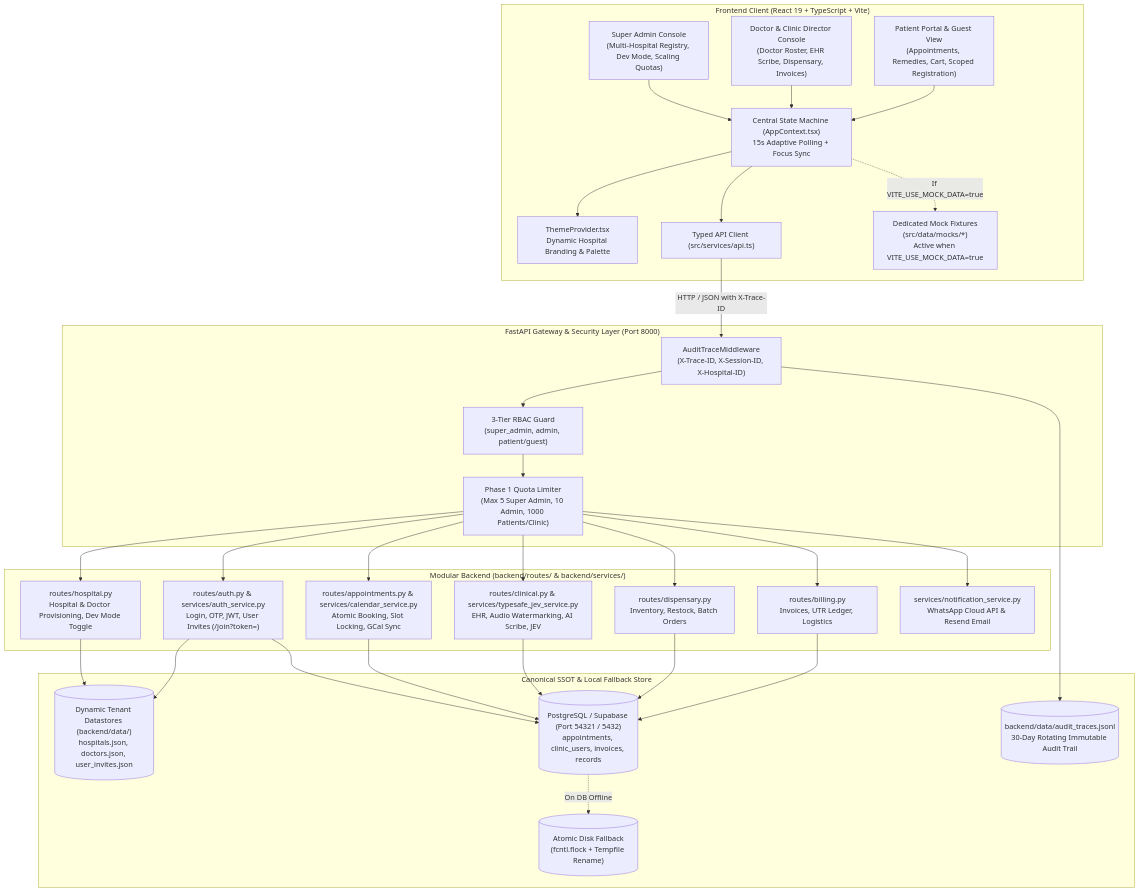
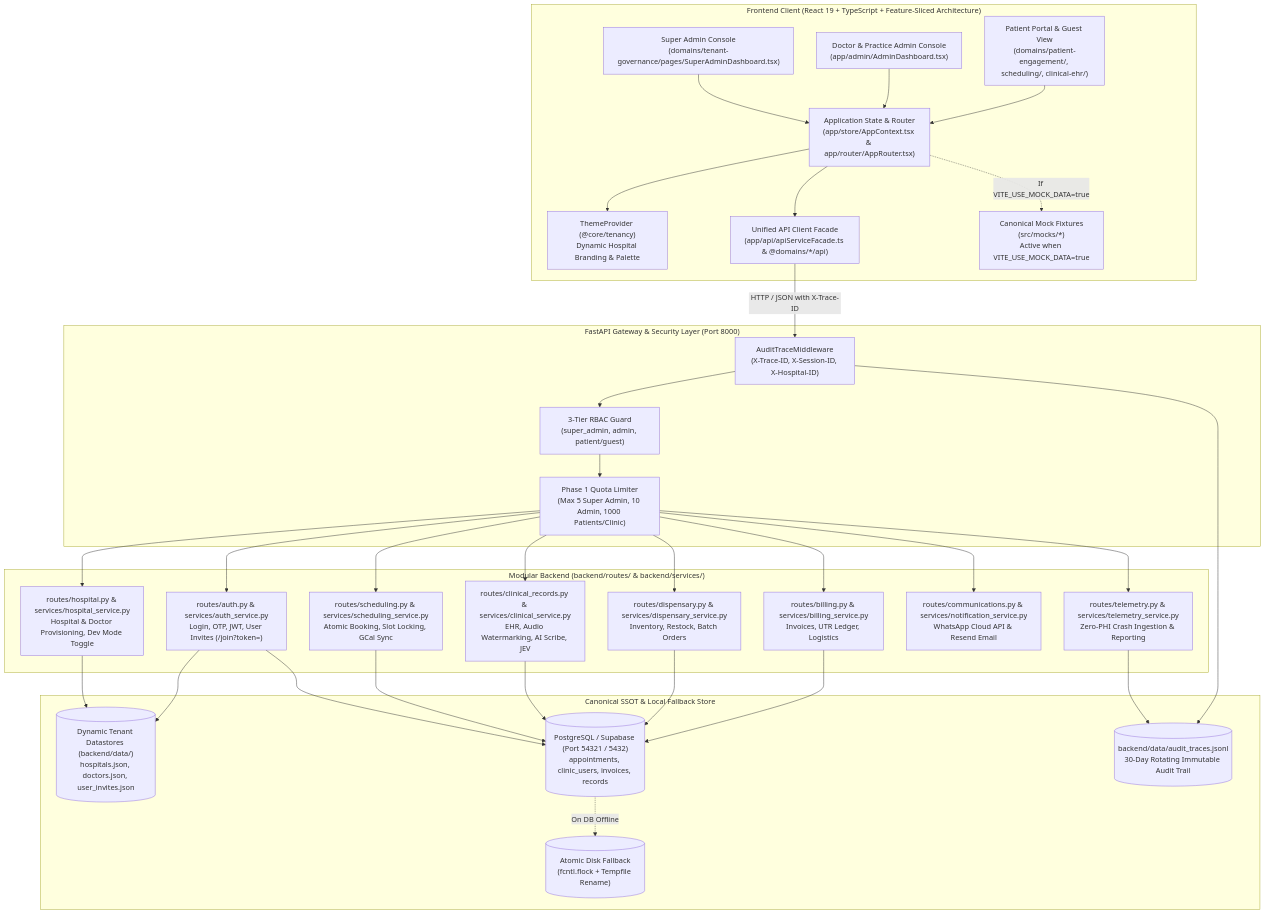
Before and after one commit to NITIN0601/Homo_project: the diagram in doc/ARCHITECTURE.md, drawn with Mermaid. The commit also changed other lines of this file and 5 other files, not shown here.

First line of the commit message:
docs: synchronize HLD, LLD, data flows, cheatsheet, and file hierarchy

````diff
--- a/doc/ARCHITECTURE.md
+++ b/doc/ARCHITECTURE.md
@@ -35,62 +35,65 @@
 ```mermaid
 graph TB
-    subgraph ClientLayer["Frontend Client (React 19 + TypeScript + Vite)"]
-        UI_SUPER["Super Admin Console<br/>(Multi-Hospital Registry, Dev Mode, Scaling Quotas)"]
-        UI_ADMIN["Doctor & Clinic Director Console<br/>(Doctor Roster, EHR Scribe, Dispensary, Invoices)"]
-        UI_PATIENT["Patient Portal & Guest View<br/>(Appointments, Remedies, Cart, Scoped Registration)"]
-        APP_CTX["Central State Machine (AppContext.tsx)<br/>15s Adaptive Polling + Focus Sync"]
-        THEME_CTX["ThemeProvider.tsx<br/>Dynamic Hospital Branding & Palette"]
-        API_CLIENT["Typed API Client (src/services/api.ts)"]
-        MOCK_FIXTURES["Dedicated Mock Fixtures<br/>(src/data/mocks/*)<br/>Active when VITE_USE_MOCK_DATA=true"]
+    subgraph ClientLayer["Frontend Client (React 19 + TypeScript + Feature-Sliced Architecture)"]
+        UI_SUPER["Super Admin Console<br/>(domains/tenant-governance/pages/SuperAdminDashboard.tsx)"]
+        UI_ADMIN["Doctor & Practice Admin Console<br/>(app/admin/AdminDashboard.tsx)"]
+        UI_PATIENT["Patient Portal & Guest View<br/>(domains/patient-engagement/, scheduling/, clinical-ehr/)"]
+        APP_CTX["Application State & Router<br/>(app/store/AppContext.tsx & app/router/AppRouter.tsx)"]
+        THEME_CTX["ThemeProvider (@core/tenancy)<br/>Dynamic Hospital Branding & Palette"]
+        API_CLIENT["Unified API Client Facade<br/>(app/api/apiServiceFacade.ts & @domains/*/api)"]
+        MOCK_FIXTURES["Canonical Mock Fixtures<br/>(src/mocks/*)<br/>Active when VITE_USE_MOCK_DATA=true"]
     end
 
     subgraph GatewayLayer["FastAPI Gateway & Security Layer (Port 8000)"]
         AUDIT_MID["AuditTraceMiddleware<br/>(X-Trace-ID, X-Session-ID, X-Hospital-ID)"]
         RBAC_GUARD["3-Tier RBAC Guard<br/>(super_admin, admin, patient/guest)"]
         QUOTA_GUARD["Phase 1 Quota Limiter<br/>(Max 5 Super Admin, 10 Admin, 1000 Patients/Clinic)"]
     end
 
     subgraph BackendModules["Modular Backend (backend/routes/ & backend/services/)"]
-        M_HOSP["routes/hospital.py<br/>Hospital & Doctor Provisioning, Dev Mode Toggle"]
+        M_HOSP["routes/hospital.py & services/hospital_service.py<br/>Hospital & Doctor Provisioning, Dev Mode Toggle"]
         M_AUTH["routes/auth.py & services/auth_service.py<br/>Login, OTP, JWT, User Invites (/join?token=)"]
-        M_SCHED["routes/appointments.py & services/calendar_service.py<br/>Atomic Booking, Slot Locking, GCal Sync"]
-        M_CLIN["routes/clinical.py & services/typesafe_jev_service.py<br/>EHR, Audio Watermarking, AI Scribe, JEV"]
-        M_DISP["routes/dispensary.py<br/>Inventory, Restock, Batch Orders"]
-        M_BILL["routes/billing.py<br/>Invoices, UTR Ledger, Logistics"]
-        M_COMM["services/notification_service.py<br/>WhatsApp Cloud API & Resend Email"]
+        M_SCHED["routes/scheduling.py & services/scheduling_service.py<br/>Atomic Booking, Slot Locking, GCal Sync"]
+        M_CLIN["routes/clinical_records.py & services/clinical_service.py<br/>EHR, Audio Watermarking, AI Scribe, JEV"]
+        M_DISP["routes/dispensary.py & services/dispensary_service.py<br/>Inventory, Restock, Batch Orders"]
+        M_BILL["routes/billing.py & services/billing_service.py<br/>Invoices, UTR Ledger, Logistics"]
+        M_COMM["routes/communications.py & services/notification_service.py<br/>WhatsApp Cloud API & Resend Email"]
+        M_TELEM["routes/telemetry.py & services/telemetry_service.py<br/>Zero-PHI Crash Ingestion & Reporting"]
     end
 
     subgraph DataLayer["Canonical SSOT & Local Fallback Store"]
         DB_POSTGRES[("PostgreSQL / Supabase (Port 54321 / 5432)<br/>appointments, clinic_users, invoices, records")]
         TENANT_REG[("Dynamic Tenant Datastores (backend/data/)<br/>hospitals.json, doctors.json, user_invites.json")]
         DISK_FALLBACK[("Atomic Disk Fallback<br/>(fcntl.flock + Tempfile Rename)")]
         AUDIT_STORE[("backend/data/audit_traces.jsonl<br/>30-Day Rotating Immutable Audit Trail")]
     end
 
     UI_SUPER --> APP_CTX
     UI_ADMIN --> APP_CTX
     UI_PATIENT --> APP_CTX
     APP_CTX --> THEME_CTX
     APP_CTX --> API_CLIENT
     APP_CTX -.->|If VITE_USE_MOCK_DATA=true| MOCK_FIXTURES
     API_CLIENT -->|HTTP / JSON with X-Trace-ID| AUDIT_MID
     AUDIT_MID --> RBAC_GUARD
     RBAC_GUARD --> QUOTA_GUARD
     QUOTA_GUARD --> M_HOSP
     QUOTA_GUARD --> M_AUTH
     QUOTA_GUARD --> M_SCHED
     QUOTA_GUARD --> M_CLIN
     QUOTA_GUARD --> M_DISP
     QUOTA_GUARD --> M_BILL
     QUOTA_GUARD --> M_COMM
+    QUOTA_GUARD --> M_TELEM
 
     M_HOSP --> TENANT_REG
     M_AUTH --> TENANT_REG
     M_AUTH --> DB_POSTGRES
     M_SCHED --> DB_POSTGRES
     M_CLIN --> DB_POSTGRES
     M_DISP --> DB_POSTGRES
     M_BILL --> DB_POSTGRES
+    M_TELEM --> AUDIT_STORE
     DB_POSTGRES -.->|On DB Offline| DISK_FALLBACK
     AUDIT_MID --> AUDIT_STORE
 ```
````
